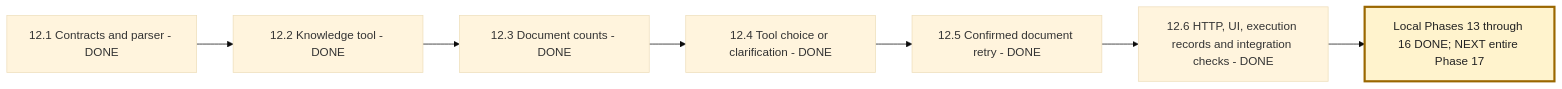
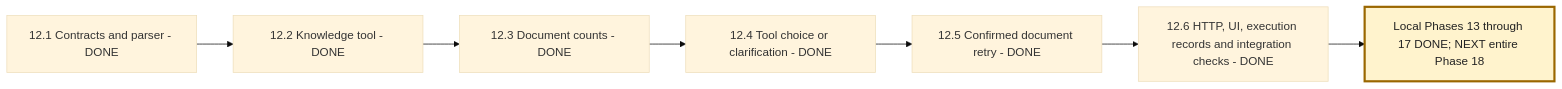
The fourth of 7 diagrams in NEXAAI_ROADMAP.md (msdian0007/nexaAi), drawn with Mermaid (base theme) before and after one commit. The commit also changed other lines of this file and 2 other files, not shown here.

Commit message:
docs(phase-17 step-17.5): document migration deployment and rollback

````diff
--- a/NEXAAI_ROADMAP.md
+++ b/NEXAAI_ROADMAP.md
@@ -339,10 +347,10 @@
 ```mermaid
 flowchart LR
     A[12.1 Contracts and parser - DONE] --> B[12.2 Knowledge tool - DONE]
     B --> C[12.3 Document counts - DONE]
     C --> D[12.4 Tool choice or clarification - DONE]
     D --> E[12.5 Confirmed document retry - DONE]
     E --> F[12.6 HTTP, UI, execution records and integration checks - DONE]
-    F --> G[Local Phases 13 through 16 DONE; NEXT entire Phase 17]
+    F --> G[Local Phases 13 through 17 DONE; NEXT entire Phase 18]
     style G fill:#fff3cd,stroke:#9a6700,stroke-width:3px,color:#222
 ```
````
